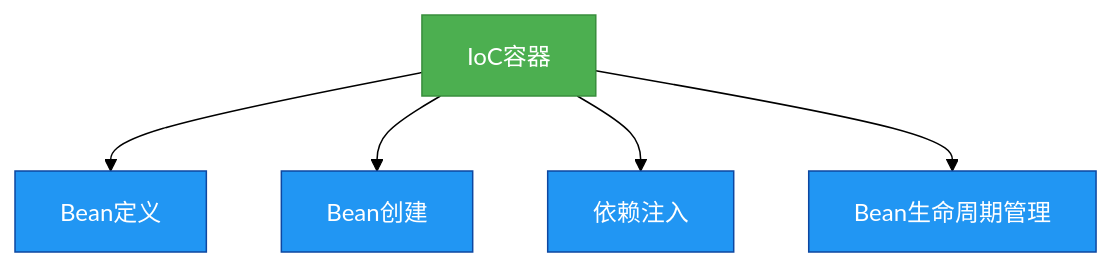
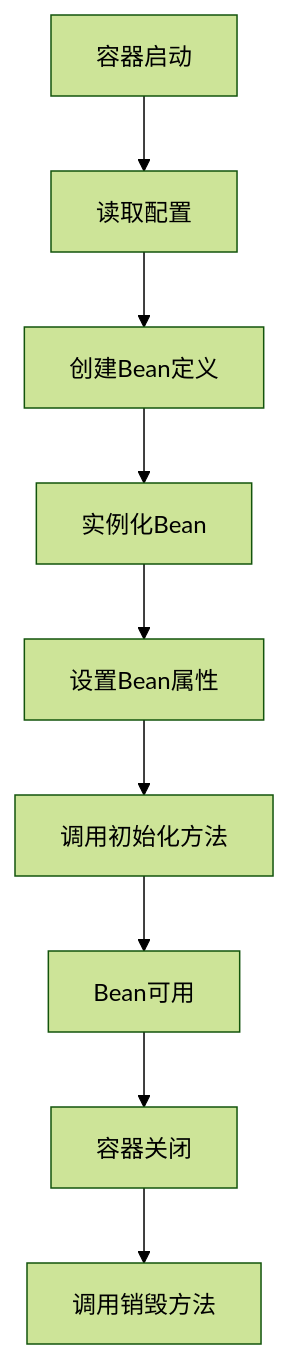
The second of 3 diagrams in src/frame/spring/2. Spring IoC与DI详解.md (lindaifeng/lindaifeng.github.io), drawn with Mermaid (forest theme) before and after one commit. The commit also changed other lines of this file and 17 other files, not shown here.

````diff
--- a/src/frame/spring/2. Spring IoC与DI详解.md
+++ b/src/frame/spring/2. Spring IoC与DI详解.md
@@ -6,13 +108,11 @@
 ```mermaid
-graph TD
-    A[IoC容器] --> B[Bean定义]
-    A --> C[Bean创建]
-    A --> D[依赖注入]
-    A --> E[Bean生命周期管理]
-
-    classDef structure fill:#4CAF50,stroke:#388E3C,color:white;
-    classDef algorithm fill:#2196F3,stroke:#0D47A1,color:white;
-
-    class A structure;
-    class B,C,D,E algorithm;
+graph TB
+    A[容器启动] --> B[读取配置]
+    B --> C[创建Bean定义]
+    C --> D[实例化Bean]
+    D --> E[设置Bean属性]
+    E --> F[调用初始化方法]
+    F --> G[Bean可用]
+    G --> H[容器关闭]
+    H --> I[调用销毁方法]
 ```
````
